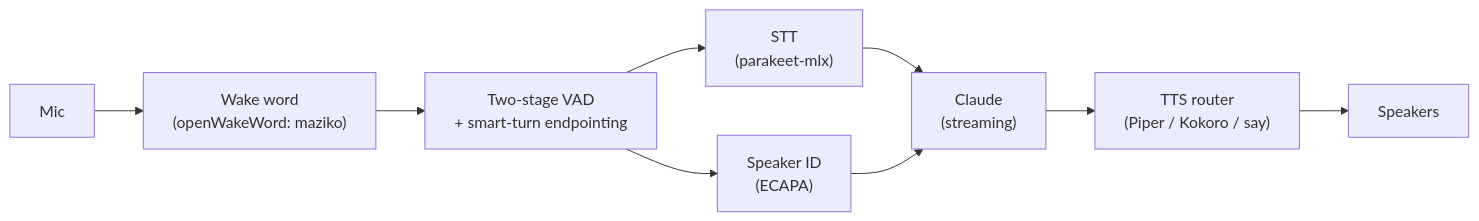
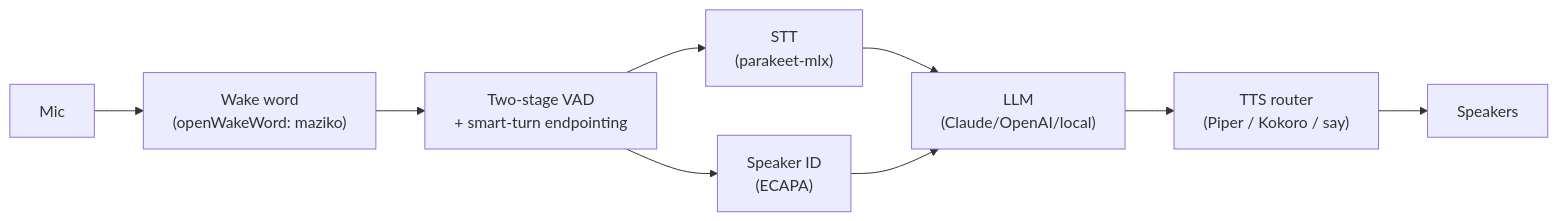
Before and after one commit to glensk/my-stt-tts: the diagram in README.md, drawn with Mermaid. The commit also changed other lines of this file and 3 other files, not shown here.

````diff
--- a/README.md
+++ b/README.md
@@ -26,11 +26,11 @@
 ```mermaid
 flowchart LR
   Mic --> WW["Wake word<br/>(openWakeWord: maziko)"]
   WW --> VAD["Two-stage VAD<br/>+ smart-turn endpointing"]
   VAD --> STT["STT<br/>(parakeet-mlx)"]
   VAD --> SID["Speaker ID<br/>(ECAPA)"]
-  STT --> Brain["Claude<br/>(streaming)"]
+  STT --> Brain["LLM<br/>(Claude/OpenAI/local)"]
   SID --> Brain
   Brain --> TTS["TTS router<br/>(Piper / Kokoro / say)"]
   TTS --> Spk["Speakers"]
 ```
````
